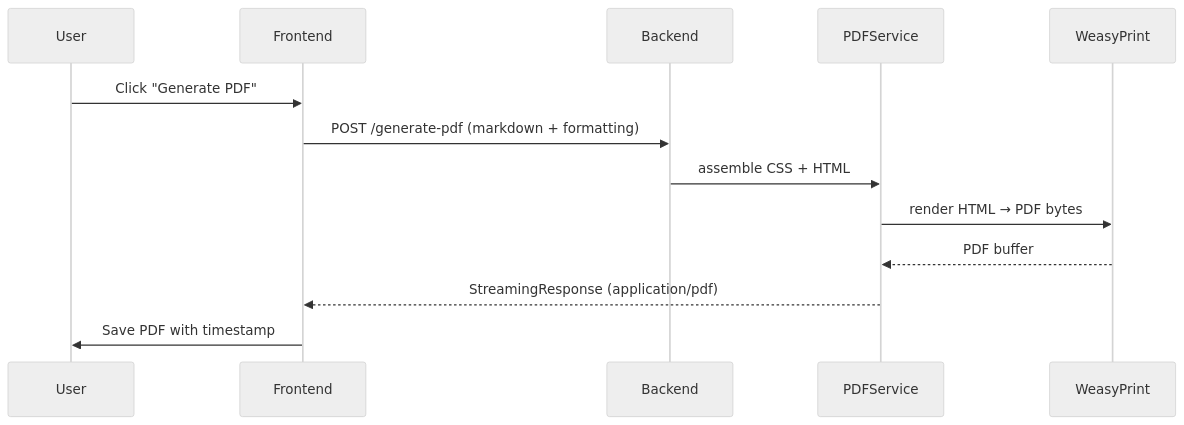
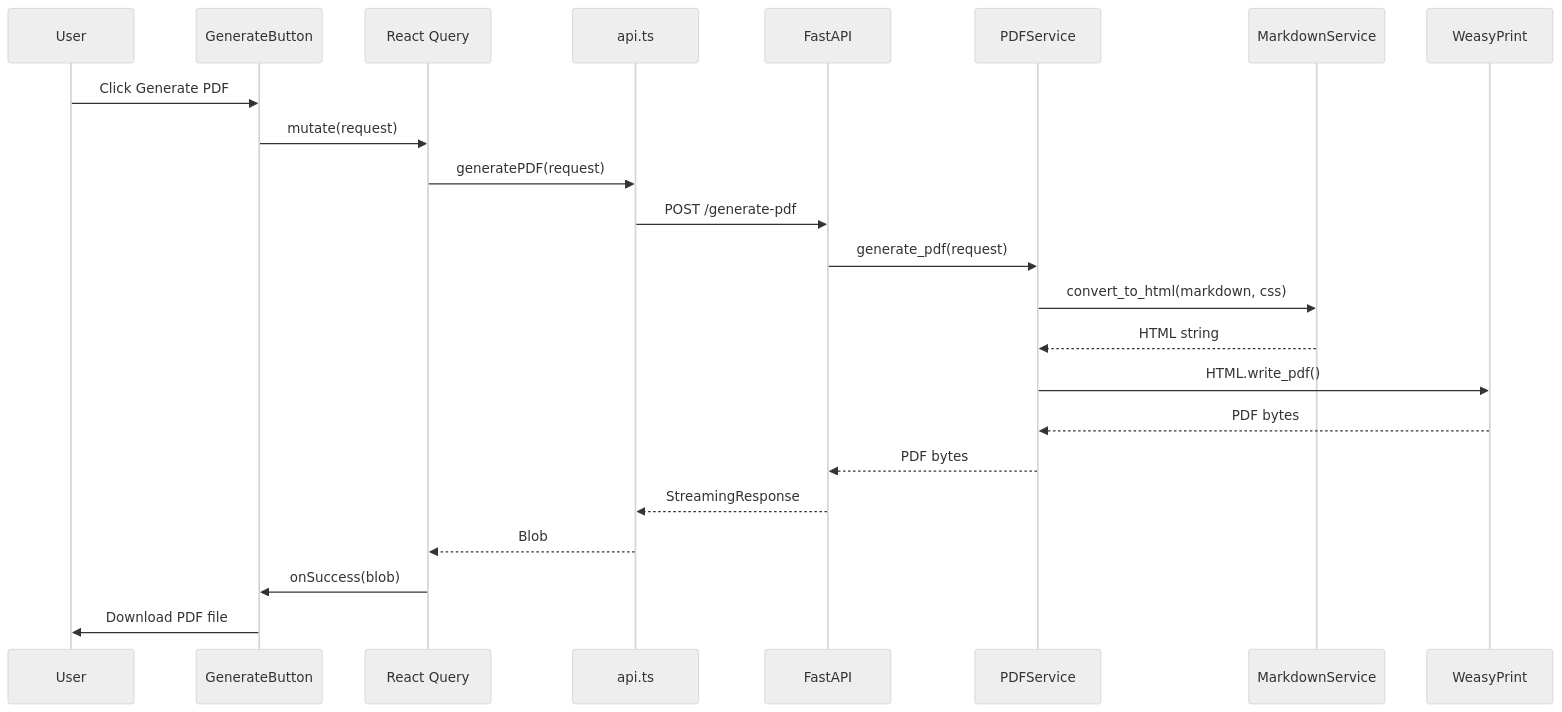
The diagram in docs/diagrams/sources/architecture-sequencediagram-5.mmd (astral-matrix/markdown-to-pdf), drawn with Mermaid (neutral theme) before and after one commit. The commit also changed 23 other files, not shown here.

First line of the commit message:
Architecture and Spec Regenerated

```diff
--- a/docs/diagrams/sources/architecture-sequencediagram-5.mmd
+++ b/docs/diagrams/sources/architecture-sequencediagram-5.mmd
@@ -1,14 +1,24 @@
 sequenceDiagram
-  participant User
-  participant Frontend
-  participant Backend
-  participant PDFService
-  participant WeasyPrint
+    participant User
+    participant Button as GenerateButton
+    participant Query as React Query
+    participant API as api.ts
+    participant Backend as FastAPI
+    participant PDF as PDFService
+    participant MD as MarkdownService
+    participant WP as WeasyPrint
 
-  User->>Frontend: Click "Generate PDF"
-  Frontend->>Backend: POST /generate-pdf (markdown + formatting)
-  Backend->>PDFService: assemble CSS + HTML
-  PDFService->>WeasyPrint: render HTML → PDF bytes
-  WeasyPrint-->>PDFService: PDF buffer
-  PDFService-->>Frontend: StreamingResponse (application/pdf)
-  Frontend->>User: Save PDF with timestamp
+    User->>Button: Click Generate PDF
+    Button->>Query: mutate(request)
+    Query->>API: generatePDF(request)
+    API->>Backend: POST /generate-pdf
+    Backend->>PDF: generate_pdf(request)
+    PDF->>MD: convert_to_html(markdown, css)
+    MD-->>PDF: HTML string
+    PDF->>WP: HTML.write_pdf()
+    WP-->>PDF: PDF bytes
+    PDF-->>Backend: PDF bytes
+    Backend-->>API: StreamingResponse
+    API-->>Query: Blob
+    Query->>Button: onSuccess(blob)
+    Button->>User: Download PDF file
```
